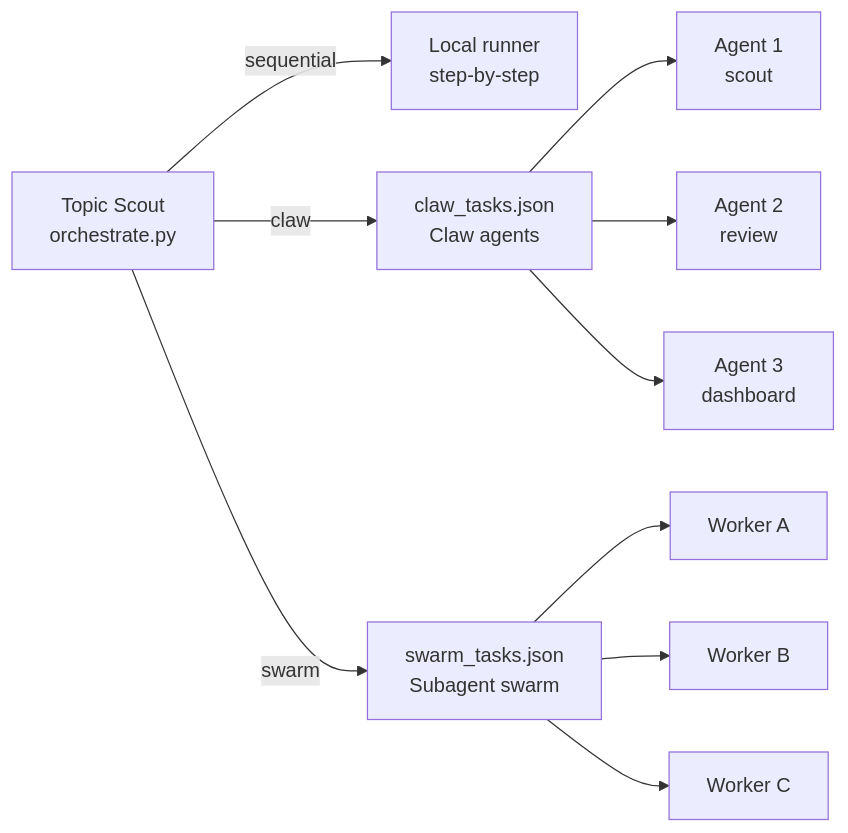
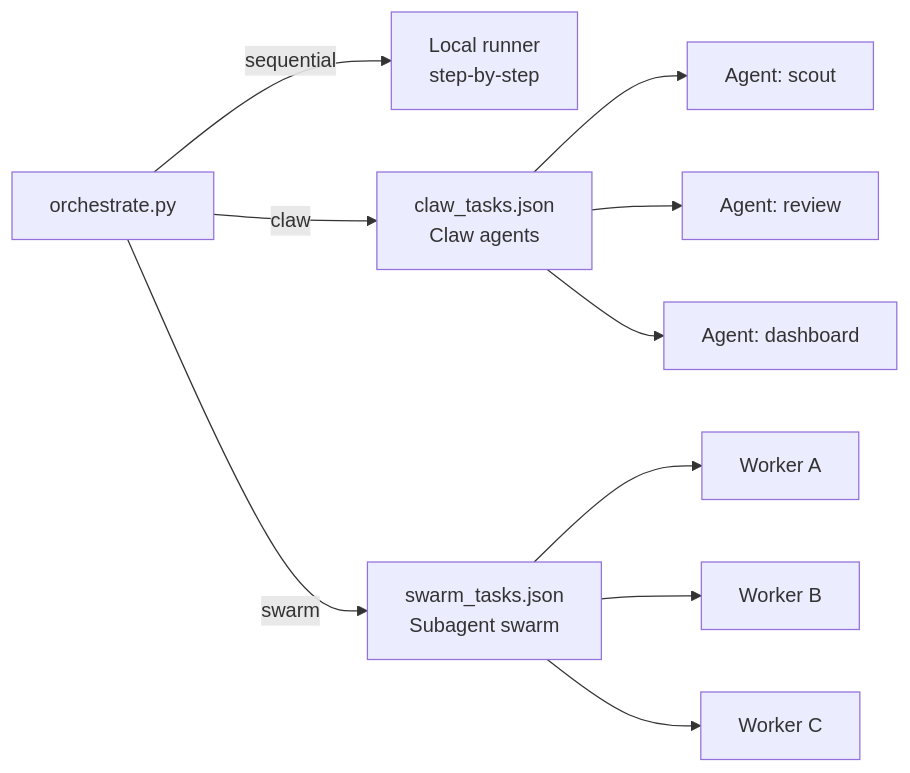
The third of 3 diagrams in README.md (ginaecho/topic-scout), drawn with Mermaid before and after one commit. The commit also changed other lines of this file, not shown here.

````diff
--- a/README.md
+++ b/README.md
@@ -234,12 +116,8 @@
 ```mermaid
 flowchart LR
-    A["Topic Scout\norchestrate.py"] -->|sequential| B["Local runner\nstep-by-step"]
+    A["orchestrate.py"] -->|sequential| B["Local runner\nstep-by-step"]
     A -->|claw| C["claw_tasks.json\nClaw agents"]
     A -->|swarm| D["swarm_tasks.json\nSubagent swarm"]
-    C --> E["Agent 1\nscout"]
-    C --> F["Agent 2\nreview"]
-    C --> G["Agent 3\ndashboard"]
-    D --> H["Worker A"]
-    D --> I["Worker B"]
-    D --> J["Worker C"]
+    C --> E["Agent: scout"] & F["Agent: review"] & G["Agent: dashboard"]
+    D --> H["Worker A"] & I["Worker B"] & J["Worker C"]
 ```
````
